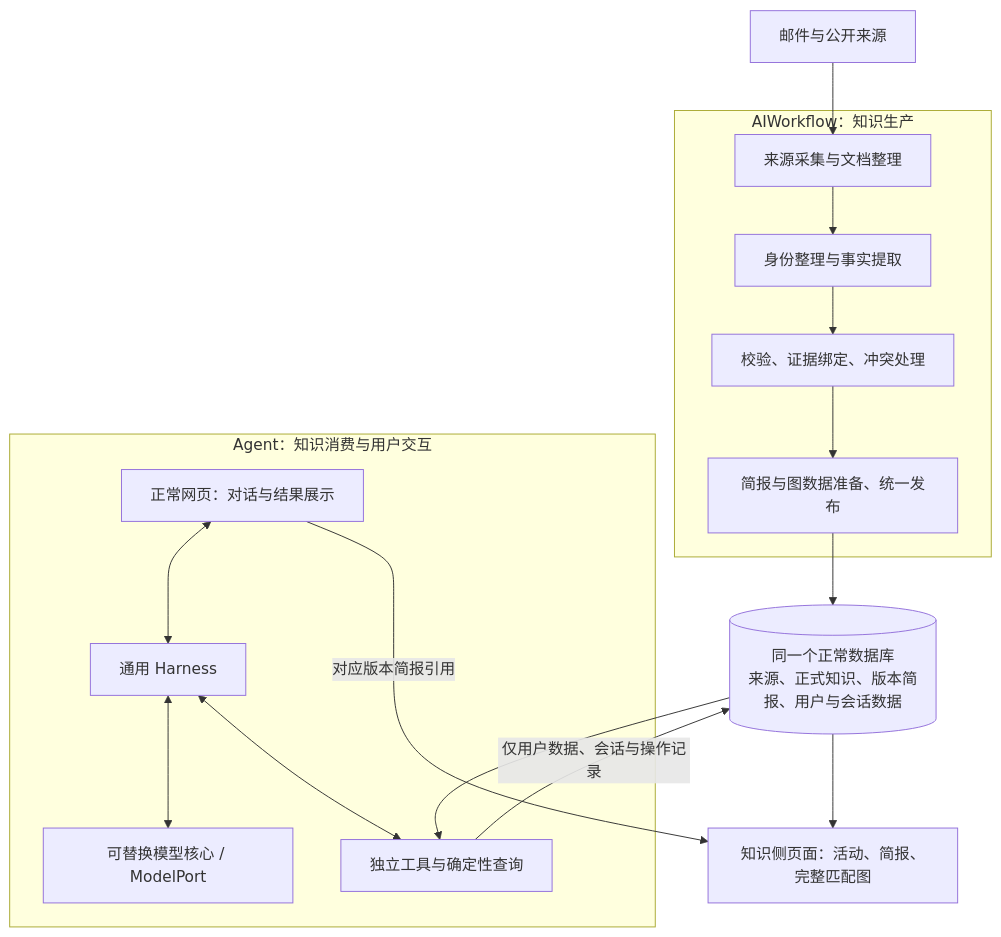
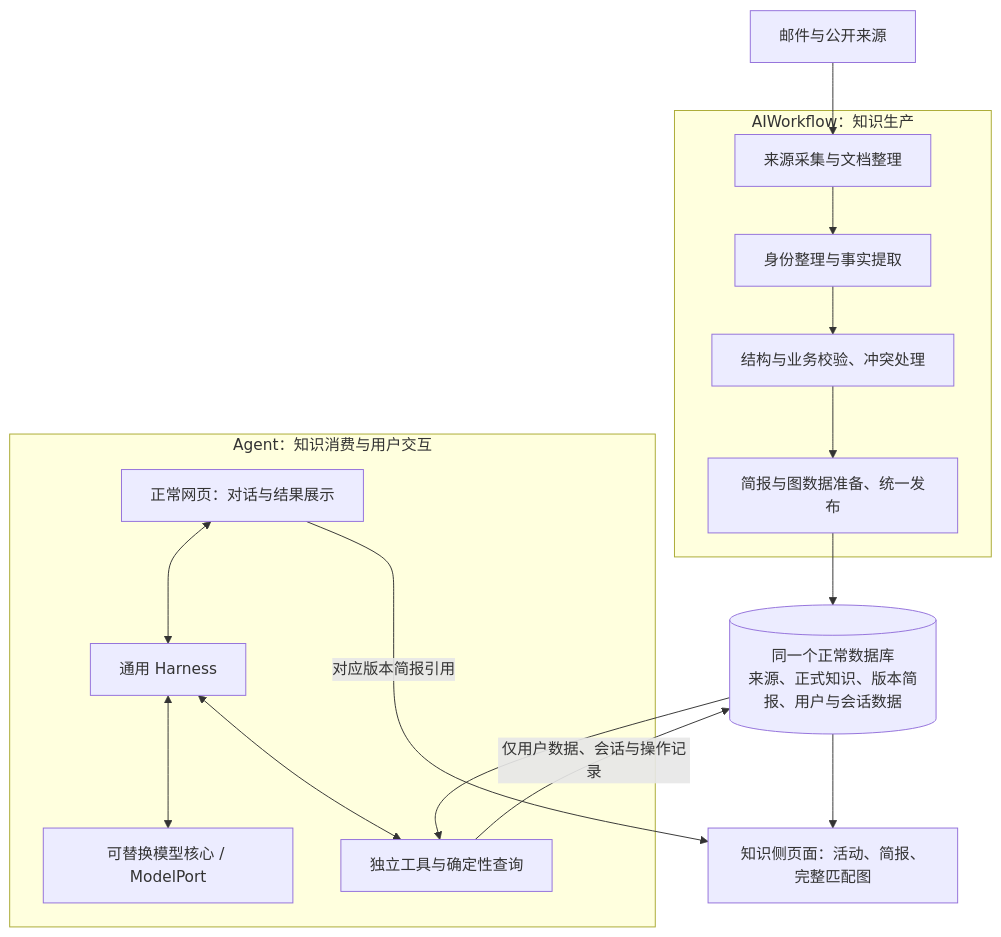
One commit to freezinlove/JourneyPlus changed the diagram in doc/target-system-architecture.md. Above: the diagram before and after it, drawn with Mermaid. The commit also changed other lines of this file, not shown here.

````diff
--- a/doc/target-system-architecture.md
+++ b/doc/target-system-architecture.md
@@ -13,28 +13,28 @@
 ```mermaid
 flowchart TB
     sources[邮件与公开来源]
     subgraph workflow[AIWorkflow：知识生产]
       ingest[来源采集与文档整理]
       extract[身份整理与事实提取]
-      validate[校验、证据绑定、冲突处理]
+      validate[结构与业务校验、冲突处理]
       publish[简报与图数据准备、统一发布]
       ingest --> extract --> validate --> publish
     end
     sources --> ingest
     db[(同一个正常数据库\n来源、正式知识、版本简报、用户与会话数据)]
     publish --> db
     knowledgeui[知识侧页面：活动、简报、完整匹配图]
     db --> knowledgeui
     subgraph agent[Agent：知识消费与用户交互]
       tools[独立工具与确定性查询]
       harness[通用 Harness]
       model[可替换模型核心 / ModelPort]
       ui[正常网页：对话与结果展示]
       ui <--> harness
       harness <--> model
       harness <--> tools
     end
     db --> tools
     tools -->|仅用户数据、会话与操作记录| db
     ui -->|对应版本简报引用| knowledgeui
 ```
````
